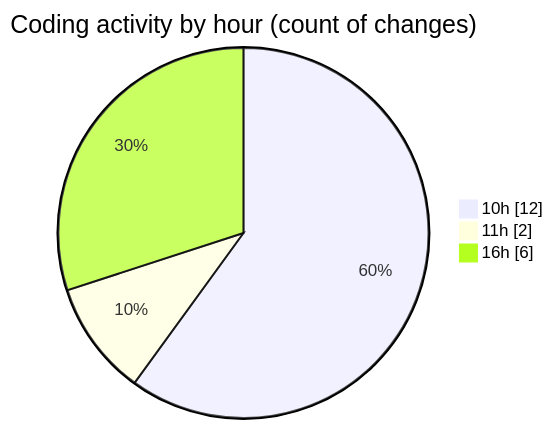
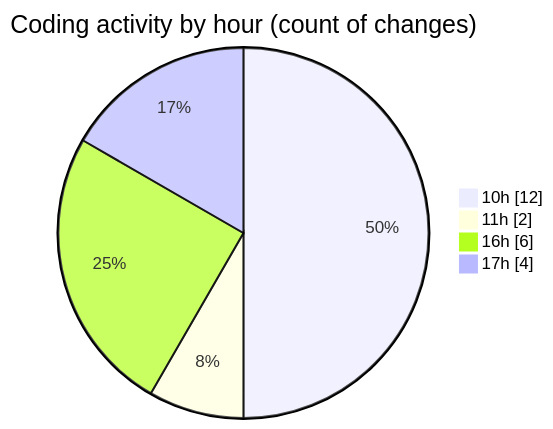
The second of 2 diagrams in 2025-10-01/untitled__workspace_/README.md (debugP/code-tracking), drawn with Mermaid before and after one commit. The commit also changed other lines of this file and 1 other file, not shown here.

````diff
--- a/2025-10-01/untitled__workspace_/README.md
+++ b/2025-10-01/untitled__workspace_/README.md
@@ -34,7 +35,8 @@
 ```mermaid
 pie showData
 title Coding activity by hour (count of changes)
 "10h" : 12
 "11h" : 2
 "16h" : 6
+"17h" : 4
 ```
````
